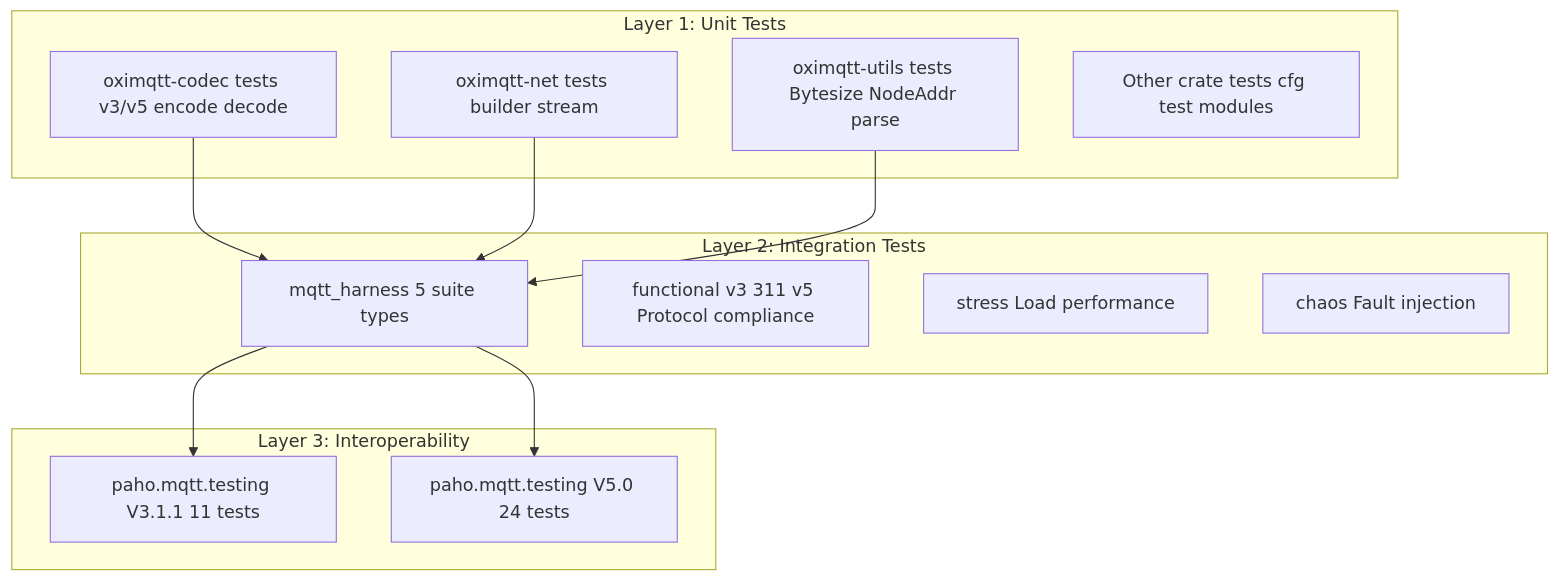
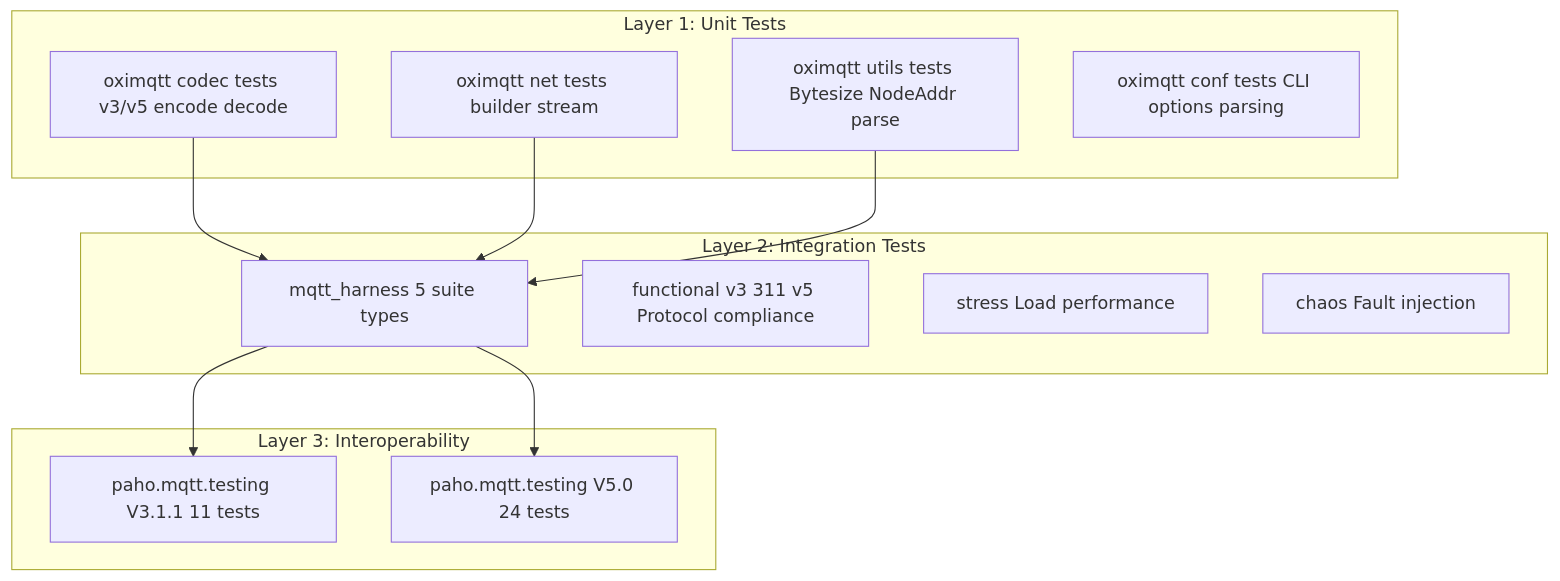
Before and after one commit to zeaphoo/oximqtt: the diagram in docs/en_US/development/testing.md, drawn with Mermaid. The commit also changed other lines of this file and 33 other files, not shown here.

````diff
--- a/docs/en_US/development/testing.md
+++ b/docs/en_US/development/testing.md
@@ -13,27 +13,27 @@
 ```mermaid
 graph TD
     subgraph L1["Layer 1: Unit Tests"]
-        UT1["oximqtt-codec tests v3/v5 encode decode"]
-        UT2["oximqtt-net tests builder stream"]
-        UT3["oximqtt-utils tests Bytesize NodeAddr parse"]
-        UT4["Other crate tests cfg test modules"]
+        UT1["oximqtt codec tests v3/v5 encode decode"]
+        UT2["oximqtt net tests builder stream"]
+        UT3["oximqtt utils tests Bytesize NodeAddr parse"]
+        UT4["oximqtt conf tests CLI options parsing"]
     end
 
     subgraph L2["Layer 2: Integration Tests"]
         IT1["mqtt_harness 5 suite types"]
         IT2["functional v3 311 v5 Protocol compliance"]
         IT3["stress Load performance"]
         IT4["chaos Fault injection"]
     end
 
     subgraph L3["Layer 3: Interoperability"]
         IP1["paho.mqtt.testing V3.1.1 11 tests"]
         IP2["paho.mqtt.testing V5.0 24 tests"]
     end
 
     UT1 --> IT1
     UT2 --> IT1
     UT3 --> IT1
     IT1 --> IP1
     IT1 --> IP2
 ```
````
